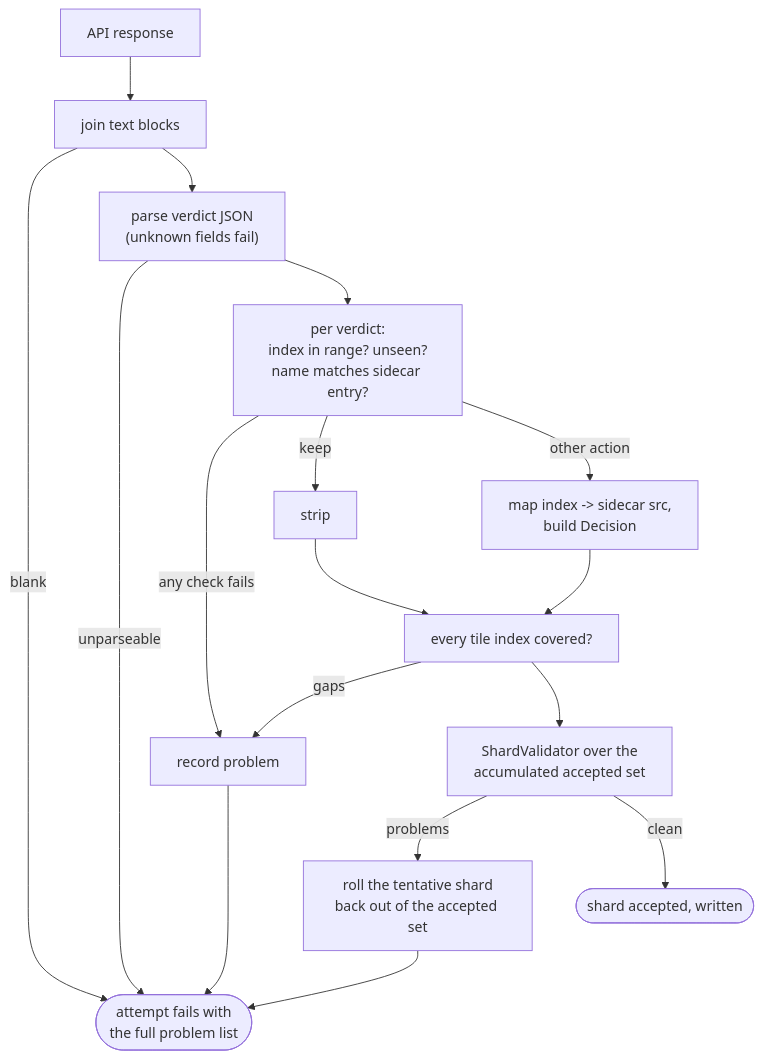
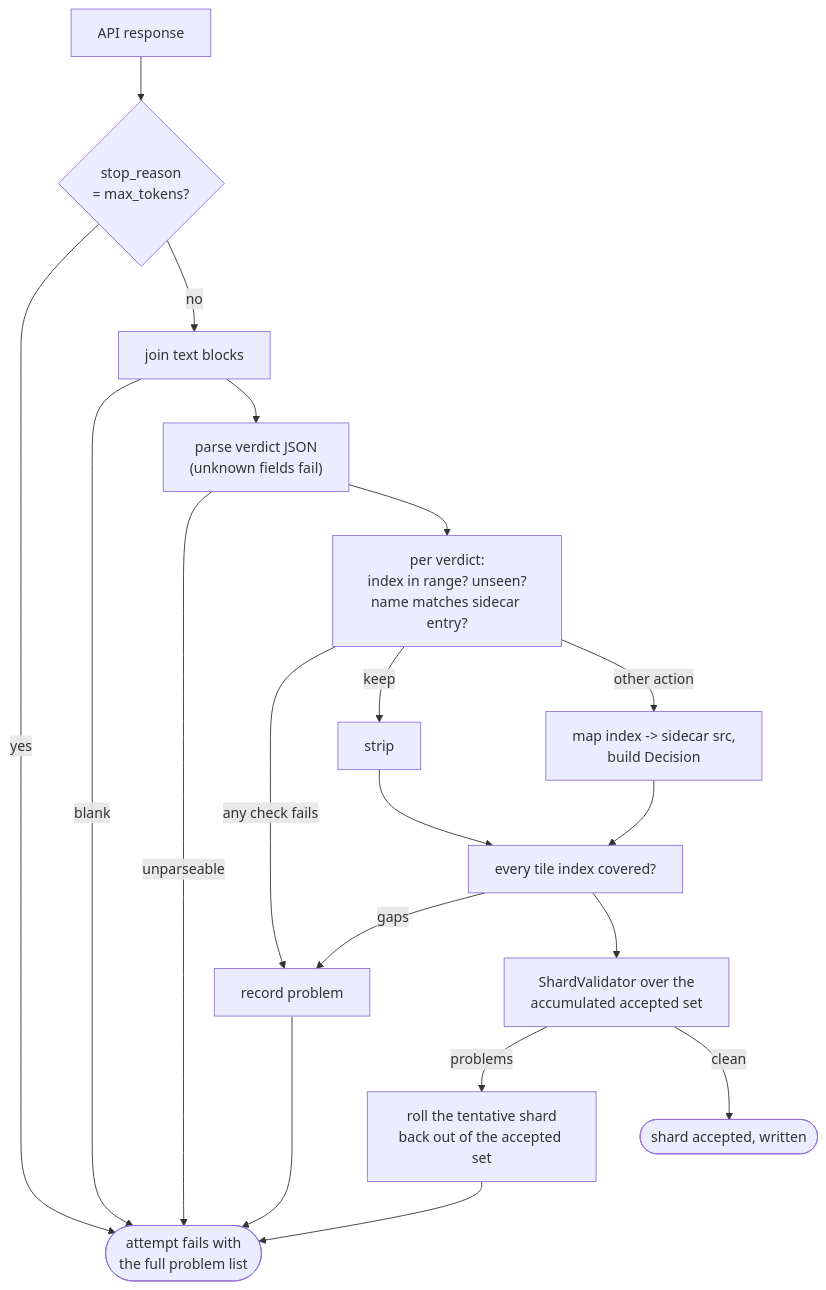
One commit to AdrianNachev91/sluice changed the third of 4 diagrams in app/docs/design/adapter/vision/anthropic-culler.md. Above: the diagram before and after it, drawn with Mermaid. The commit also changed other lines of this file and 45 other files, not shown here.

````diff
--- a/app/docs/design/adapter/vision/anthropic-culler.md
+++ b/app/docs/design/adapter/vision/anthropic-culler.md
@@ -81,19 +84,21 @@
 ```mermaid
 flowchart TD
-    A["API response"] --> B["join text blocks"]
+    A["API response"] --> A2{"stop_reason<br/>= max_tokens?"}
+    A2 -- yes --> X
+    A2 -- no --> B["join text blocks"]
     B -- blank --> X(["attempt fails with<br/>the full problem list"])
     B --> C["parse verdict JSON<br/>(unknown fields fail)"]
     C -- unparseable --> X
     C --> D["per verdict:<br/>index in range? unseen?<br/>name matches sidecar entry?"]
     D -- any check fails --> P["record problem"]
     D -- keep --> E["strip"]
     D -- other action --> F["map index -> sidecar src,<br/>build Decision"]
     F --> G["every tile index covered?"]
     E --> G
     G -- gaps --> P
     P --> X
     G --> H["ShardValidator over the<br/>accumulated accepted set"]
     H -- problems --> R["roll the tentative shard<br/>back out of the accepted set"]
     R --> X
     H -- clean --> I(["shard accepted, written"])
 ```
````
